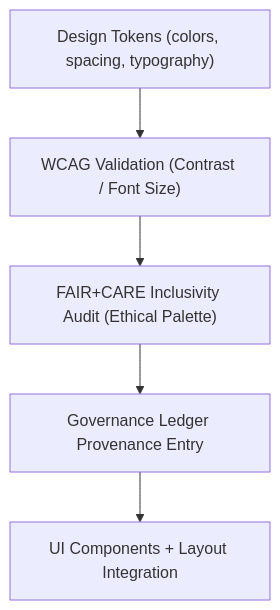
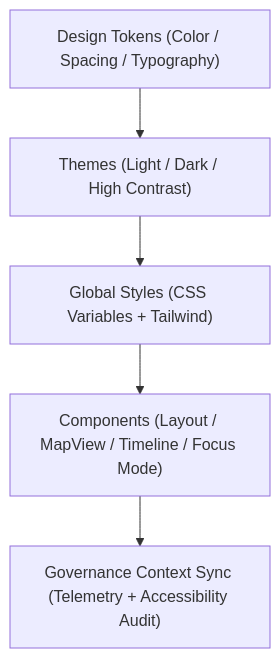
One commit to bartytime4life/Kansas-Frontier-Matrix changed the diagram in web/src/styles/README.md. Above: the diagram before and after it, drawn with Mermaid. The commit also changed other lines of this file, not shown here.

Commit message:
Update README for Kansas Frontier Matrix styles

````diff
--- a/web/src/styles/README.md
+++ b/web/src/styles/README.md
@@ -84,7 +65,7 @@
 ```mermaid
 flowchart TD
-  A["Design Tokens (colors, spacing, typography)"] --> B["WCAG Validation (Contrast / Font Size)"]
-  B --> C["FAIR+CARE Inclusivity Audit (Ethical Palette)"]
-  C --> D["Governance Ledger Provenance Entry"]
-  D --> E["UI Components + Layout Integration"]
+    A["Design Tokens (Color / Spacing / Typography)"] --> B["Themes (Light / Dark / High Contrast)"]
+    B --> C["Global Styles (CSS Variables + Tailwind)"]
+    C --> D["Components (Layout / MapView / Timeline / Focus Mode)"]
+    D --> E["Governance Context Sync (Telemetry + Accessibility Audit)"]
 ```
````
